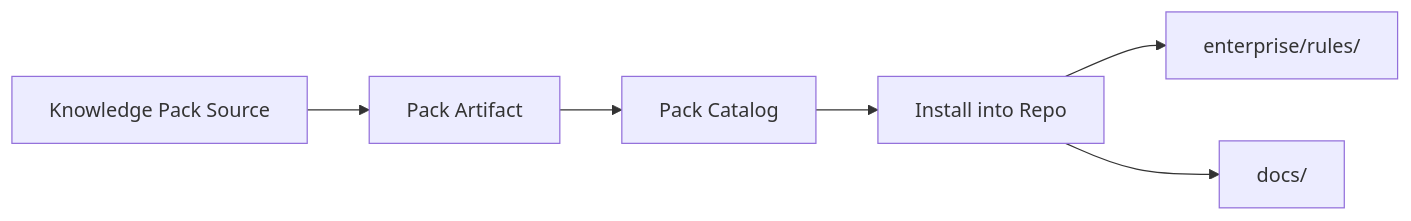
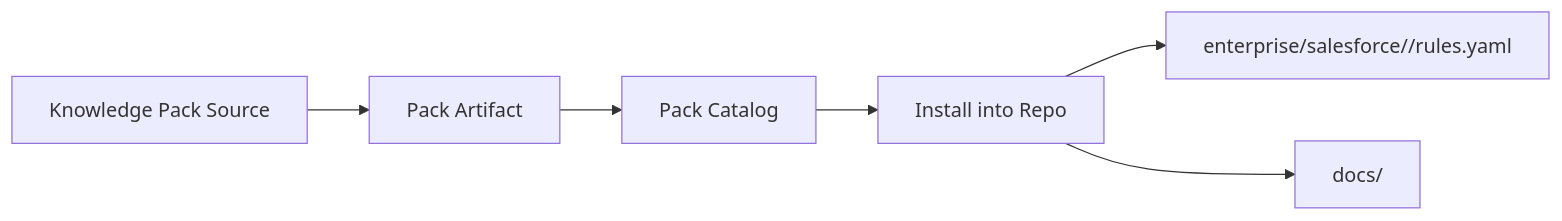
One commit to salesforceseeker41-sys/spec-kit changed diagram 18 of 26 in docs/enterprise-architecture-guide.md. Above: the diagram before and after it, drawn with Mermaid. The commit also changed other lines of this file and 420 other files, not shown here.

````diff
--- a/docs/enterprise-architecture-guide.md
+++ b/docs/enterprise-architecture-guide.md
@@ -697,8 +698,8 @@
 ```mermaid
 flowchart LR
     Source[Knowledge Pack Source] --> Package[Pack Artifact]
     Package --> Catalog[Pack Catalog]
     Catalog --> Install[Install into Repo]
-    Install --> Rules[enterprise/rules/]
+    Install --> Rules[enterprise/salesforce/<domain>/rules.yaml]
     Install --> Docs[docs/]
 ```
````
